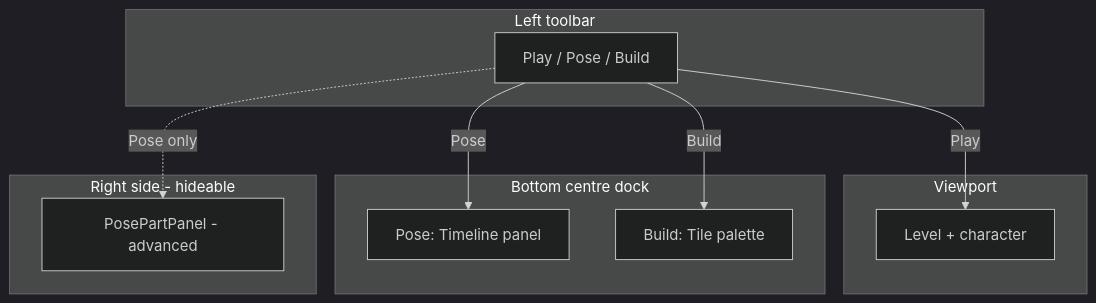
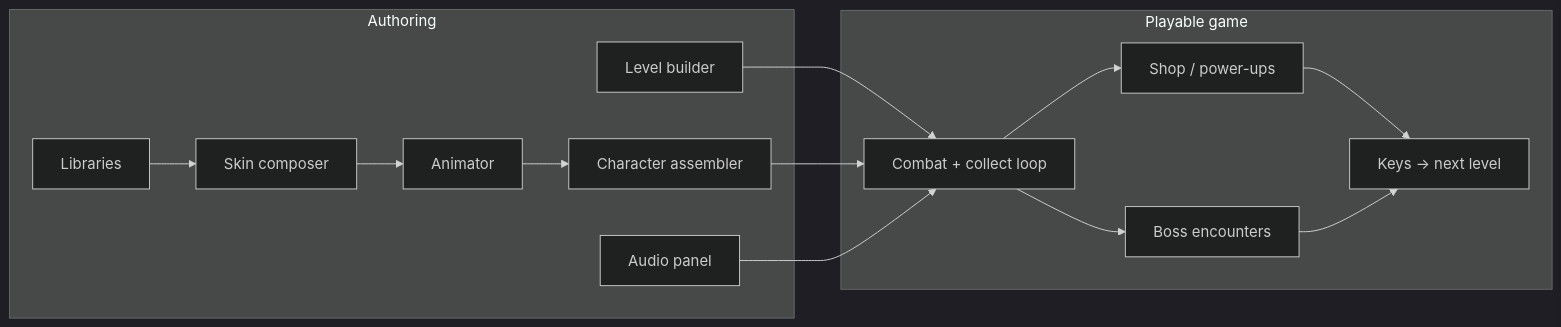
Before and after one commit to lupine-howl/masquerade: the diagram in ROADMAP.md, drawn with Mermaid (dark theme). The commit also changed other lines of this file and 5 other files, not shown here.

First line of the commit message:
Rewrite roadmap and docs for teaching-first game creation vision

````diff
--- a/ROADMAP.md
+++ b/ROADMAP.md
@@ -27,24 +24,25 @@
 ```mermaid
-flowchart TB
-  subgraph toolbar [Left toolbar]
-    M[Play / Pose / Build]
+flowchart LR
+  subgraph author [Authoring]
+    Lib[Libraries]
+    Skin[Skin composer]
+    Anim[Animator]
+    Char[Character assembler]
+    Level[Level builder]
+    Audio[Audio panel]
   end
 
-  subgraph viewport [Viewport]
-    V[Level + character]
+  subgraph play [Playable game]
+    Loop[Combat + collect loop]
+    Shop[Shop / power-ups]
+    Boss[Boss encounters]
+    Gate[Keys → next level]
   end
 
-  subgraph bottom [Bottom centre dock]
-    T[Pose: Timeline panel]
-    B[Build: Tile palette]
-  end
-
-  subgraph side [Right side - hideable]
-    P[PosePartPanel - advanced]
-  end
-
-  M -->|Play| V
-  M -->|Pose| T
-  M -->|Build| B
-  M -.->|Pose only| P
+  Lib --> Skin --> Anim --> Char
+  Level --> Loop
+  Char --> Loop
+  Audio --> Loop
+  Loop --> Shop --> Gate
+  Loop --> Boss --> Gate
 ```
````
